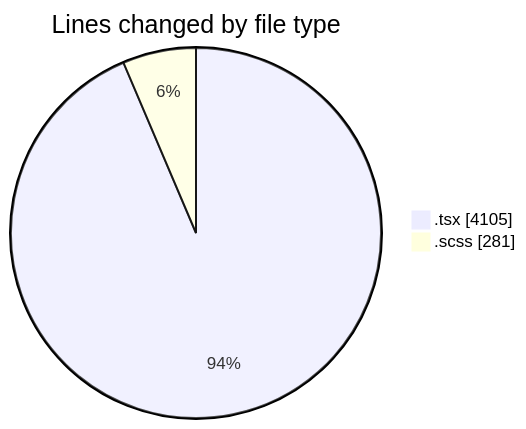
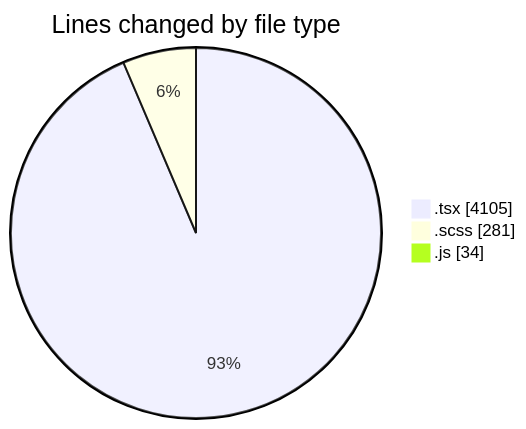
The first of 2 diagrams in 2025-11-11/cda/README.md (momahboobian/code-tracking), drawn with Mermaid before and after one commit. The commit also changed other lines of this file and 1 other file, not shown here.

````diff
--- a/2025-11-11/cda/README.md
+++ b/2025-11-11/cda/README.md
@@ -25,6 +27,7 @@
 ```mermaid
 pie showData
 title Lines changed by file type
 ".tsx" : 4105
 ".scss" : 281
+".js" : 34
 ```
````
